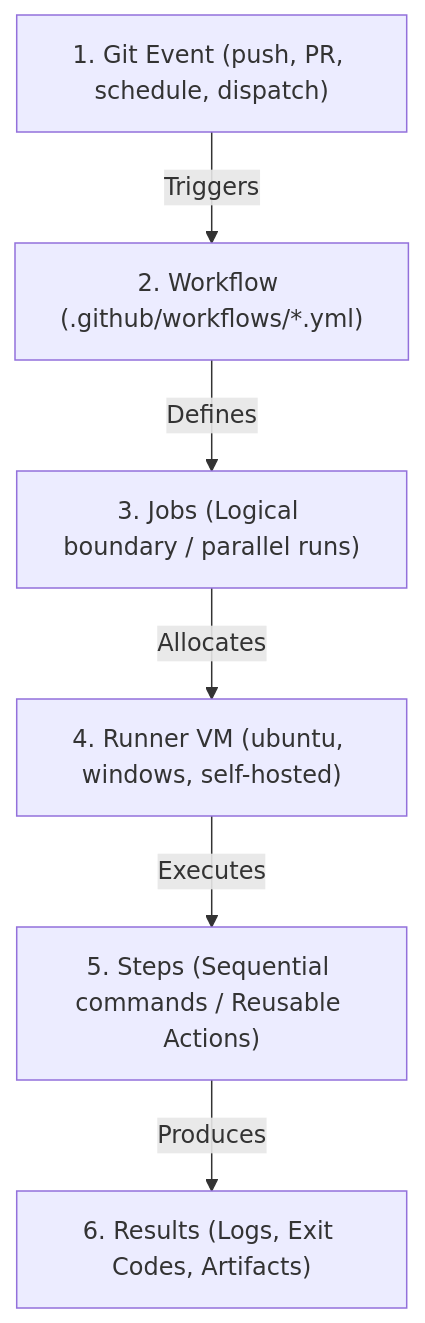
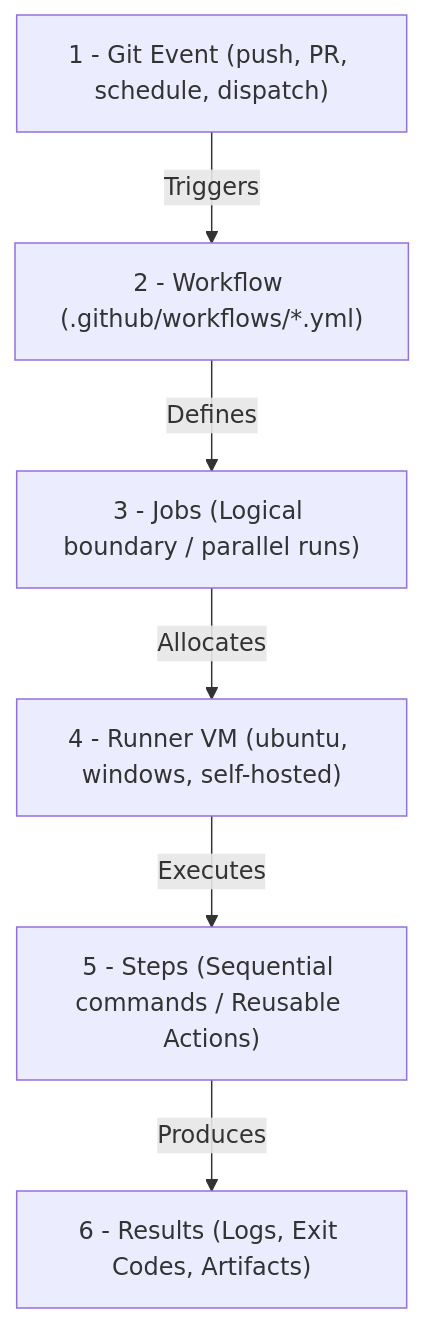
One commit to kmashour/BrainDump changed the first of 2 diagrams in Reference Notes/9-1_github_actions_architecture_and_workflows.md. Above: the diagram before and after it, drawn with Mermaid. The commit also changed 10 other files, not shown here.

````diff
--- a/Reference Notes/9-1_github_actions_architecture_and_workflows.md
+++ b/Reference Notes/9-1_github_actions_architecture_and_workflows.md
@@ -11,8 +11,8 @@
 ```mermaid
 graph TD
-    Event["1. Git Event (push, PR, schedule, dispatch)"] -->|Triggers| Workflow["2. Workflow (.github/workflows/*.yml)"]
-    Workflow -->|Defines| Jobs["3. Jobs (Logical boundary / parallel runs)"]
-    Jobs -->|Allocates| Runner["4. Runner VM (ubuntu, windows, self-hosted)"]
-    Runner -->|Executes| Steps["5. Steps (Sequential commands / Reusable Actions)"]
-    Steps -->|Produces| Results["6. Results (Logs, Exit Codes, Artifacts)"]
+    Event["1 - Git Event (push, PR, schedule, dispatch)"] -->|Triggers| Workflow["2 - Workflow (.github/workflows/*.yml)"]
+    Workflow -->|Defines| Jobs["3 - Jobs (Logical boundary / parallel runs)"]
+    Jobs -->|Allocates| Runner["4 - Runner VM (ubuntu, windows, self-hosted)"]
+    Runner -->|Executes| Steps["5 - Steps (Sequential commands / Reusable Actions)"]
+    Steps -->|Produces| Results["6 - Results (Logs, Exit Codes, Artifacts)"]
 ```
````
